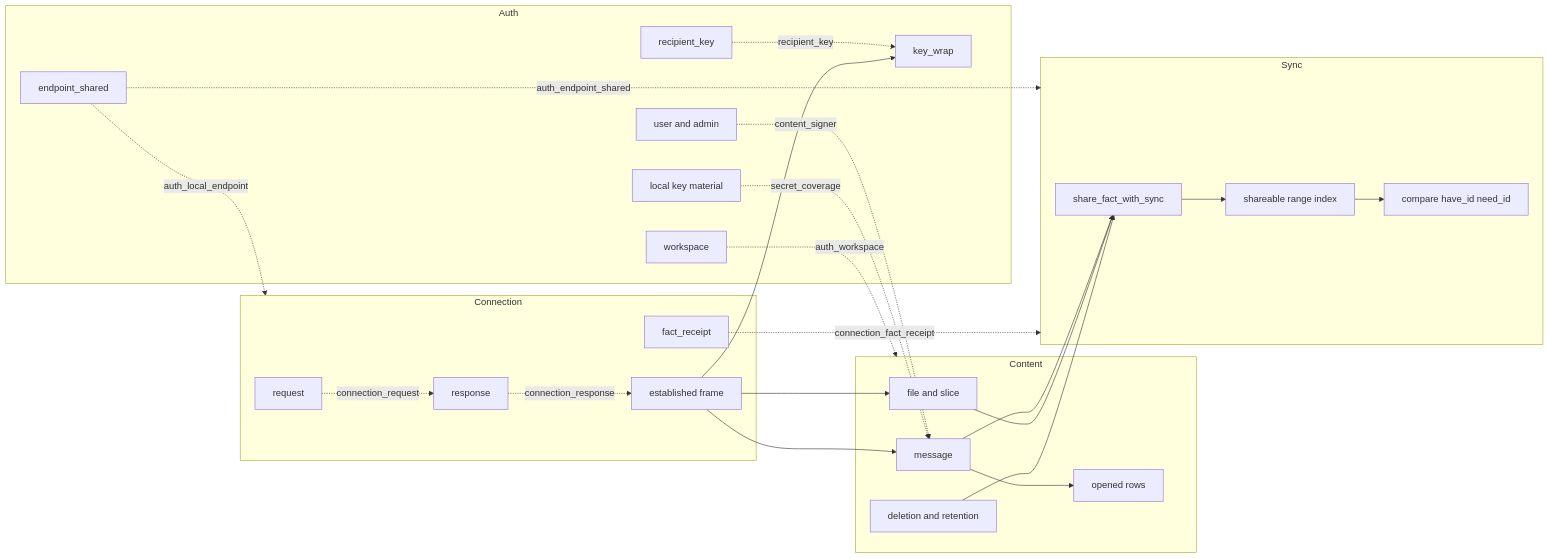
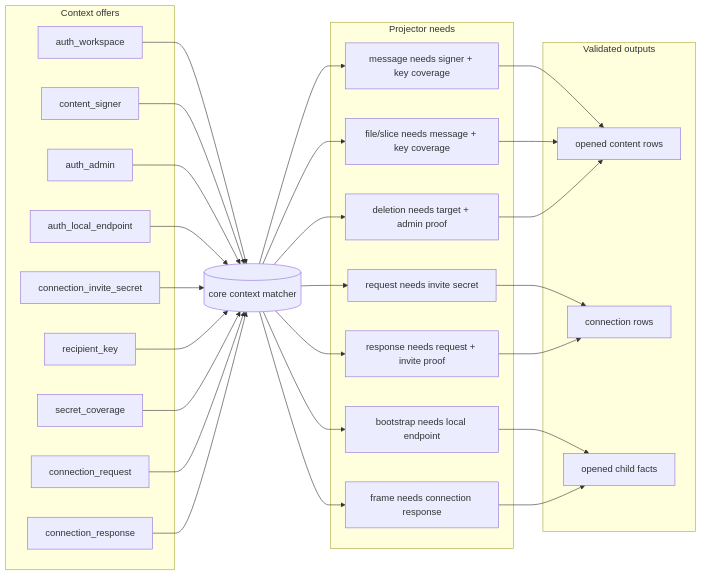
Before and after one commit to holmesworcester/poc-10: the third of 8 diagrams in ARCHITECTURE_DIAGRAMS.md, drawn with Mermaid. The commit also changed other lines of this file and 1 other file, not shown here.

Commit message:
Clarify architecture context diagrams

````diff
--- a/ARCHITECTURE_DIAGRAMS.md
+++ b/ARCHITECTURE_DIAGRAMS.md
@@ -103,50 +103,58 @@
 ```mermaid
 flowchart LR
-    subgraph AUTH["Auth"]
-      WS["workspace"]
-      USER_FACT["user and admin"]
-      ENDPOINT["endpoint_shared"]
-      RECIP["recipient_key"]
-      WRAP["key_wrap"]
-      LOCAL_SECRET["local key material"]
+    subgraph OFFERS["Context offers"]
+      AUTH_WS["auth_workspace"]
+      AUTH_SIGNER["content_signer"]
+      AUTH_ADMIN["auth_admin"]
+      AUTH_ENDPOINT["auth_local_endpoint"]
+      INVITE_SECRET["connection_invite_secret"]
+      RECIPIENT["recipient_key"]
+      COVERAGE["secret_coverage"]
+      CONN_REQUEST["connection_request"]
+      CONN_RESPONSE["connection_response"]
     end
 
-    subgraph CONTENT["Content"]
-      MSG["message"]
-      FILE["file and slice"]
-      DELETE["deletion and retention"]
-      OPENED["opened rows"]
+    CONTEXT[("core context matcher")]
+
+    subgraph NEEDS["Projector needs"]
+      MSG_NEEDS["message needs signer + key coverage"]
+      FILE_NEEDS["file/slice needs message + key coverage"]
+      DELETE_NEEDS["deletion needs target + admin proof"]
+      BOOT_NEEDS["bootstrap needs local endpoint"]
+      REQUEST_NEEDS["request needs invite secret"]
+      RESPONSE_NEEDS["response needs request + invite proof"]
+      FRAME_NEEDS["frame needs connection response"]
     end
 
-    subgraph CONNECTION["Connection"]
-      REQ["request"]
-      RESP["response"]
-      FRAME["established frame"]
-      RECEIPT["fact_receipt"]
+    subgraph OUTPUTS["Validated outputs"]
+      OPENED["opened content rows"]
+      CONNECTION_ROWS["connection rows"]
+      CHILD_FACTS["opened child facts"]
     end
 
-    subgraph SYNC["Sync"]
-      SHARE["share_fact_with_sync"]
-      INDEX["shareable range index"]
-      COMPARE["compare have_id need_id"]
-    end
+    AUTH_WS --> CONTEXT
+    AUTH_SIGNER --> CONTEXT
+    AUTH_ADMIN --> CONTEXT
+    AUTH_ENDPOINT --> CONTEXT
+    INVITE_SECRET --> CONTEXT
+    RECIPIENT --> CONTEXT
+    COVERAGE --> CONTEXT
+    CONN_REQUEST --> CONTEXT
+    CONN_RESPONSE --> CONTEXT
 
-    WS -. auth_workspace .-> CONTENT
-    USER_FACT -. content_signer .-> MSG
-    RECIP -. recipient_key .-> WRAP
-    LOCAL_SECRET -. secret_coverage .-> MSG
-    ENDPOINT -. auth_endpoint_shared .-> SYNC
-    ENDPOINT -. auth_local_endpoint .-> CONNECTION
-    REQ -. connection_request .-> RESP
-    RESP -. connection_response .-> FRAME
-    RECEIPT -. connection_fact_receipt .-> SYNC
-    MSG --> SHARE
-    FILE --> SHARE
-    DELETE --> SHARE
-    SHARE --> INDEX
-    INDEX --> COMPARE
-    FRAME --> MSG
-    FRAME --> FILE
-    FRAME --> WRAP
-    MSG --> OPENED
+    CONTEXT --> MSG_NEEDS
+    CONTEXT --> FILE_NEEDS
+    CONTEXT --> DELETE_NEEDS
+    CONTEXT --> BOOT_NEEDS
+    CONTEXT --> REQUEST_NEEDS
+    CONTEXT --> RESPONSE_NEEDS
+    CONTEXT --> FRAME_NEEDS
+
+    MSG_NEEDS --> OPENED
+    FILE_NEEDS --> OPENED
+    DELETE_NEEDS --> OPENED
+    BOOT_NEEDS --> CHILD_FACTS
+    REQUEST_NEEDS --> CONNECTION_ROWS
+    RESPONSE_NEEDS --> CONNECTION_ROWS
+    FRAME_NEEDS --> CHILD_FACTS
 ```
````
